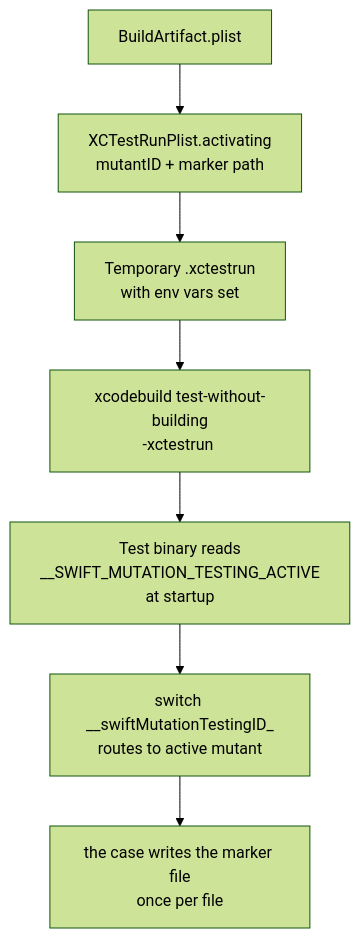
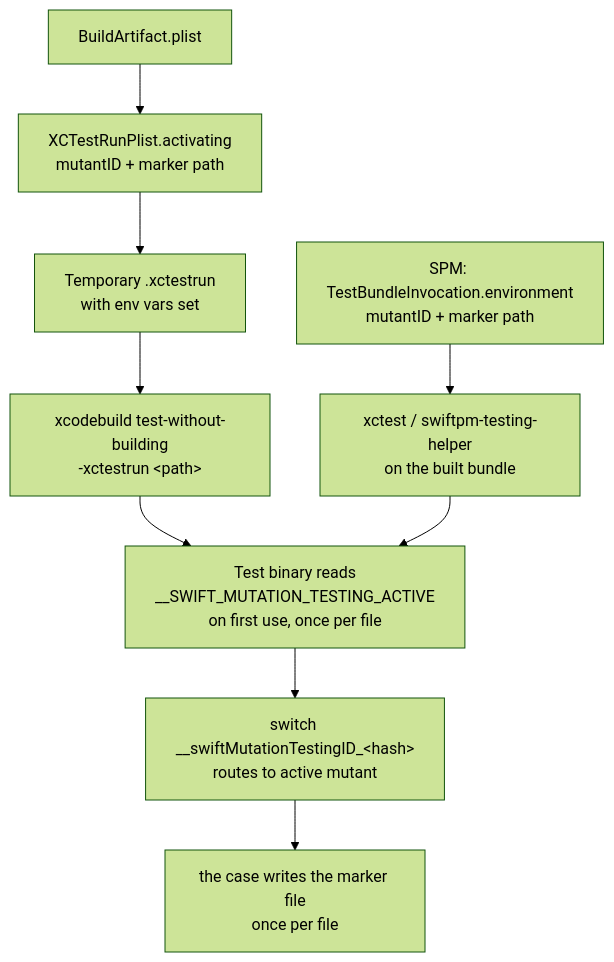
One commit to ericodx/swift-mutation-testing changed the second of 2 diagrams in Docs/Architecture/05-schematization.md. Above: the diagram before and after it, drawn with Mermaid (forest theme). The commit also changed other lines of this file and 6 other files, not shown here.

Commit message:
docs: rewrite the architecture pages around the current commands, layers, warm Xcode path and configuration keys

````diff
--- a/Docs/Architecture/05-schematization.md
+++ b/Docs/Architecture/05-schematization.md
@@ -109,9 +114,11 @@
 ```mermaid
 flowchart TD
-    PLIST[BuildArtifact.plist] --> ACT[XCTestRunPlist.activating\nmutantID + marker path]
-    ACT --> XCTESTRUN[Temporary .xctestrun\nwith env vars set]
-    XCTESTRUN --> XCB[xcodebuild test-without-building\n-xctestrun <path>]
-    XCB --> BINARY[Test binary reads\n__SWIFT_MUTATION_TESTING_ACTIVE\nat startup]
-    BINARY --> SWITCH[switch __swiftMutationTestingID_<hash>\nroutes to active mutant]
-    SWITCH --> MARK[the case writes the marker file\nonce per file]
+    PLIST[BuildArtifact.plist] --> ACT["XCTestRunPlist.activating\nmutantID + marker path"]
+    ACT --> XCTESTRUN["Temporary .xctestrun\nwith env vars set"]
+    XCTESTRUN --> XCB["xcodebuild test-without-building\n-xctestrun #lt;path#gt;"]
+    SPM["SPM: TestBundleInvocation.environment\nmutantID + marker path"] --> BUNDLE["xctest / swiftpm-testing-helper\non the built bundle"]
+    XCB --> BINARY["Test binary reads\n__SWIFT_MUTATION_TESTING_ACTIVE\non first use, once per file"]
+    BUNDLE --> BINARY
+    BINARY --> SWITCH["switch __swiftMutationTestingID_#lt;hash#gt;\nroutes to active mutant"]
+    SWITCH --> MARK["the case writes the marker file\nonce per file"]
 ```
````
